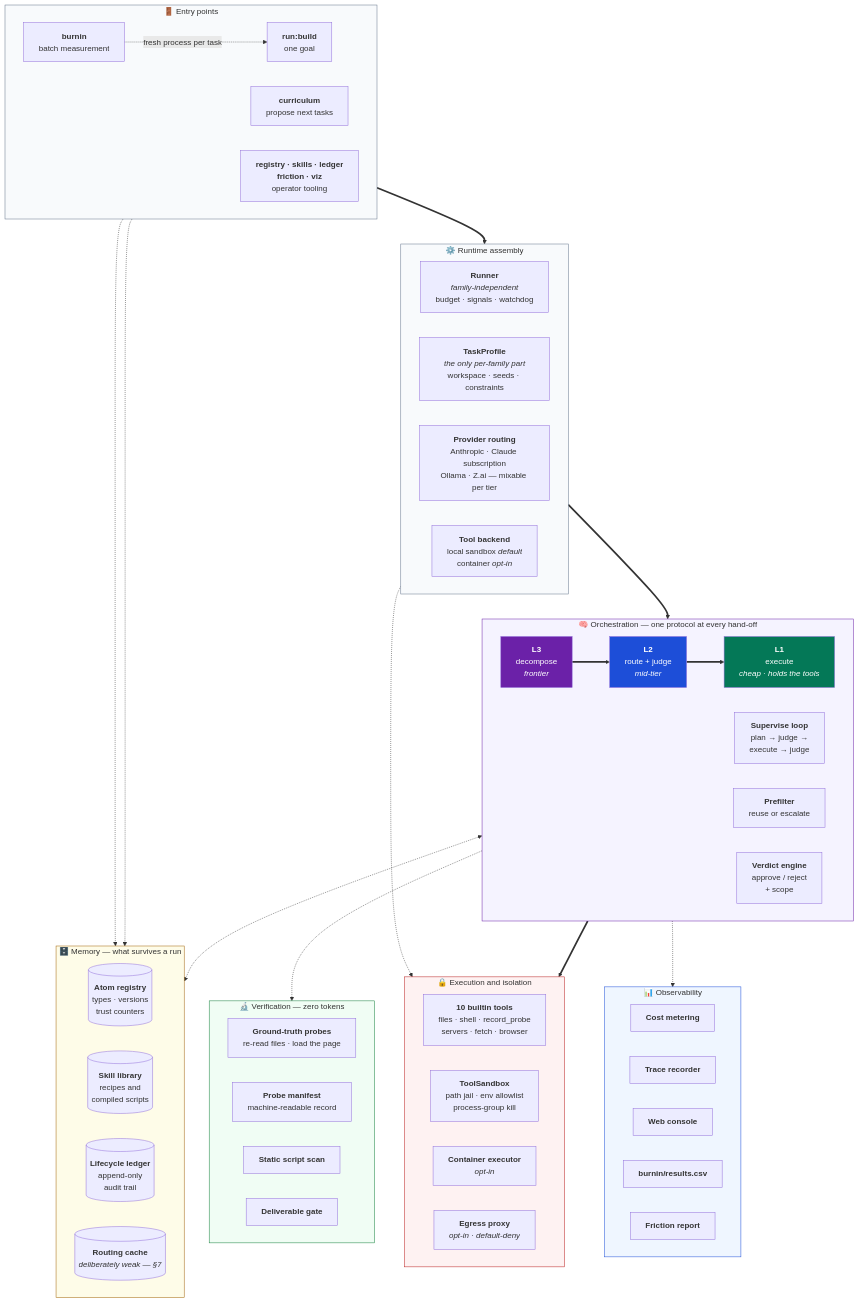
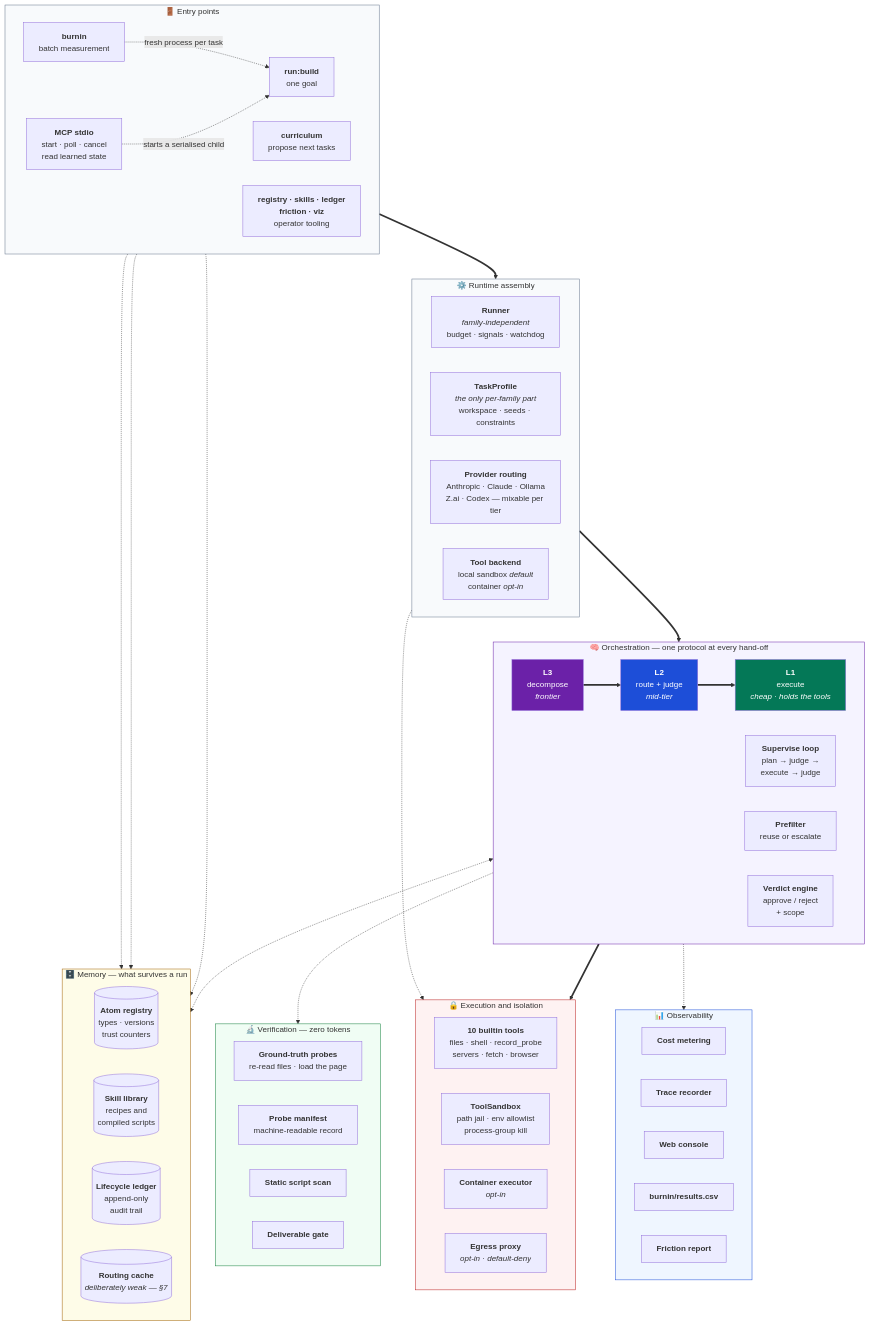
The second of 6 diagrams in docs/how-it-works.md (mgtf/atoma), drawn with Mermaid before and after one commit. The commit also changed other lines of this file and 4 other files, not shown here.

First line of the commit message:
Bring architecture docs back to the current system

```diff
--- a/docs/how-it-works.md
+++ b/docs/how-it-works.md
@@ -59,6 +60,7 @@
     subgraph ENTRY[" 🚪 Entry points "]
         direction LR
         RUN["<b>run:build</b><br/>one goal"]
+        MCP["<b>MCP stdio</b><br/>start · poll · cancel<br/>read learned state"]
         BURN["<b>burnin</b><br/>batch measurement"]
         CURR["<b>curriculum</b><br/>propose next tasks"]
         OPS["<b>registry · skills · ledger</b><br/><b>friction · viz</b><br/>operator tooling"]
@@ -68,7 +70,7 @@
         direction LR
         RUNNER["<b>Runner</b><br/><i>family-independent</i><br/>budget · signals · watchdog"]
         PROFILE["<b>TaskProfile</b><br/><i>the only per-family part</i><br/>workspace · seeds · constraints"]
-        PROVIDERS["<b>Provider routing</b><br/>Anthropic · Claude subscription<br/>Ollama · Z.ai — mixable per tier"]
+        PROVIDERS["<b>Provider routing</b><br/>Anthropic · Claude · Ollama<br/>Z.ai · Codex — mixable per tier"]
         BACKEND["<b>Tool backend</b><br/>local sandbox <i>default</i><br/>container <i>opt-in</i>"]
     end
 
@@ -116,6 +118,8 @@
     end
 
     BURN -.->|"fresh process per task"| RUN
+    MCP -.->|"starts a serialised child"| RUN
+    MCP -.-> MEM
     RUN ==> RUNNER
     RUNNER ==> L3B
     L3B ==> L2B ==> L1B
```
